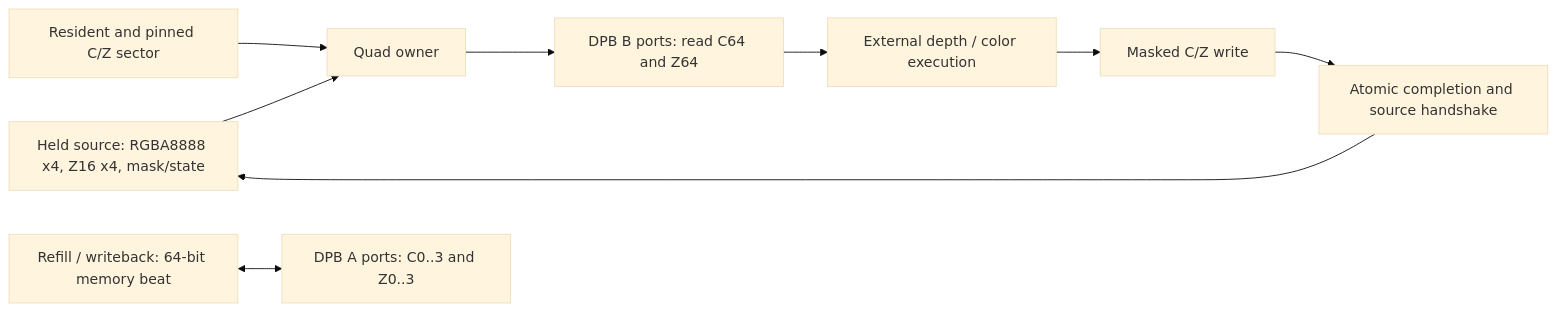
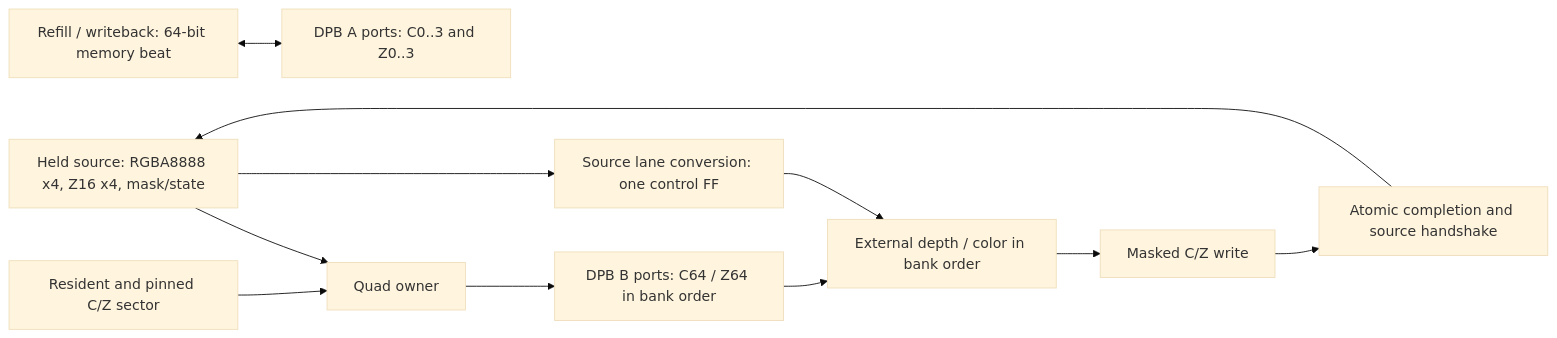
One commit to misdake/DigitalDesign changed the diagram in systems/cpu-v3-tang-nano-20k/docs/framebuffer-cache.md. Above: the diagram before and after it, drawn with Mermaid (base theme). The commit also changed other lines of this file and 8 other files, not shown here.

First line of the commit message:
Reduce framebuffer LUTs with bank-order execution

````diff
--- a/systems/cpu-v3-tang-nano-20k/docs/framebuffer-cache.md
+++ b/systems/cpu-v3-tang-nano-20k/docs/framebuffer-cache.md
@@ -81,11 +81,13 @@
 ```mermaid
 flowchart LR
     S["Held source: RGBA8888 x4, Z16 x4, mask/state"] --> O["Quad owner"]
     L["Resident and pinned C/Z sector"] --> O
     M["Refill / writeback: 64-bit memory beat"] <--> A["DPB A ports: C0..3 and Z0..3"]
-    O --> B["DPB B ports: read C64 and Z64"]
-    B --> E["External depth / color execution"]
+    O --> B["DPB B ports: C64 / Z64 in bank order"]
+    B --> E["External depth / color in bank order"]
+    S --> P["Source lane conversion: one control FF"]
+    P --> E
     E --> W["Masked C/Z write"]
     W --> C["Atomic completion and source handshake"]
     C --> S
 ```
````
